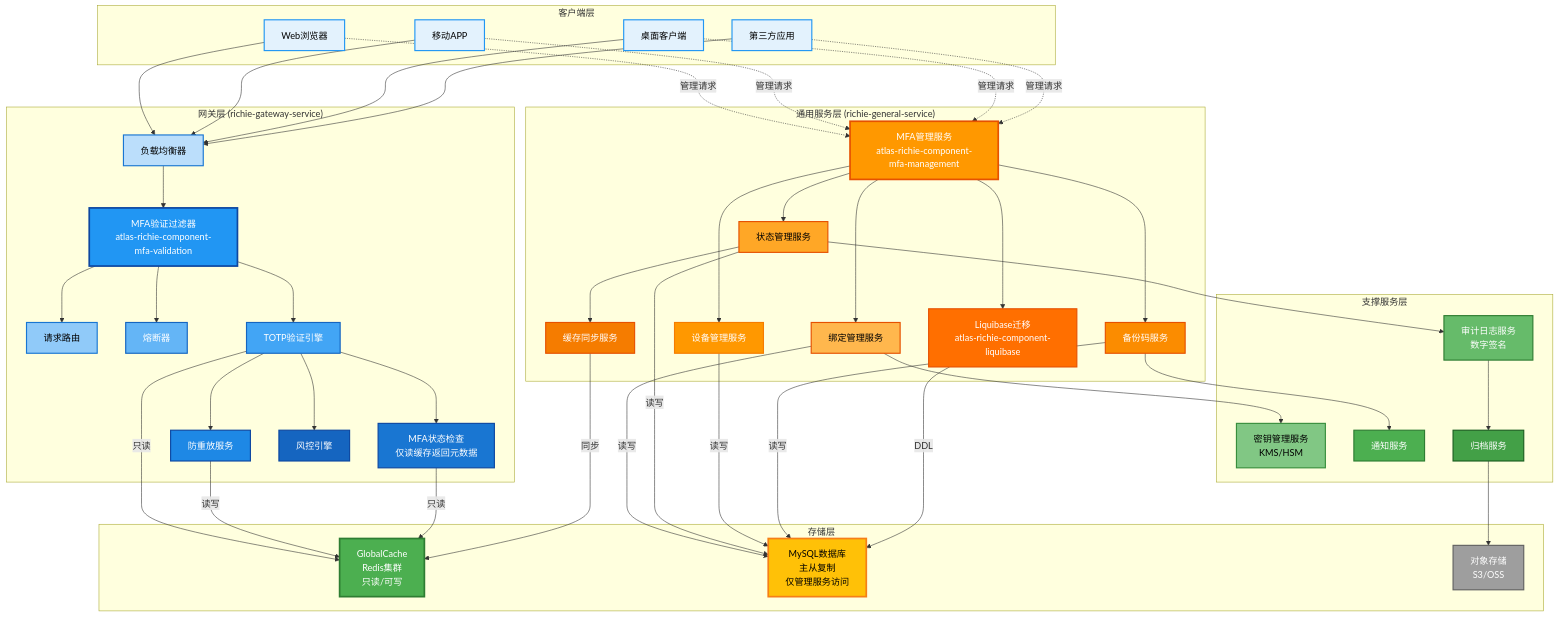
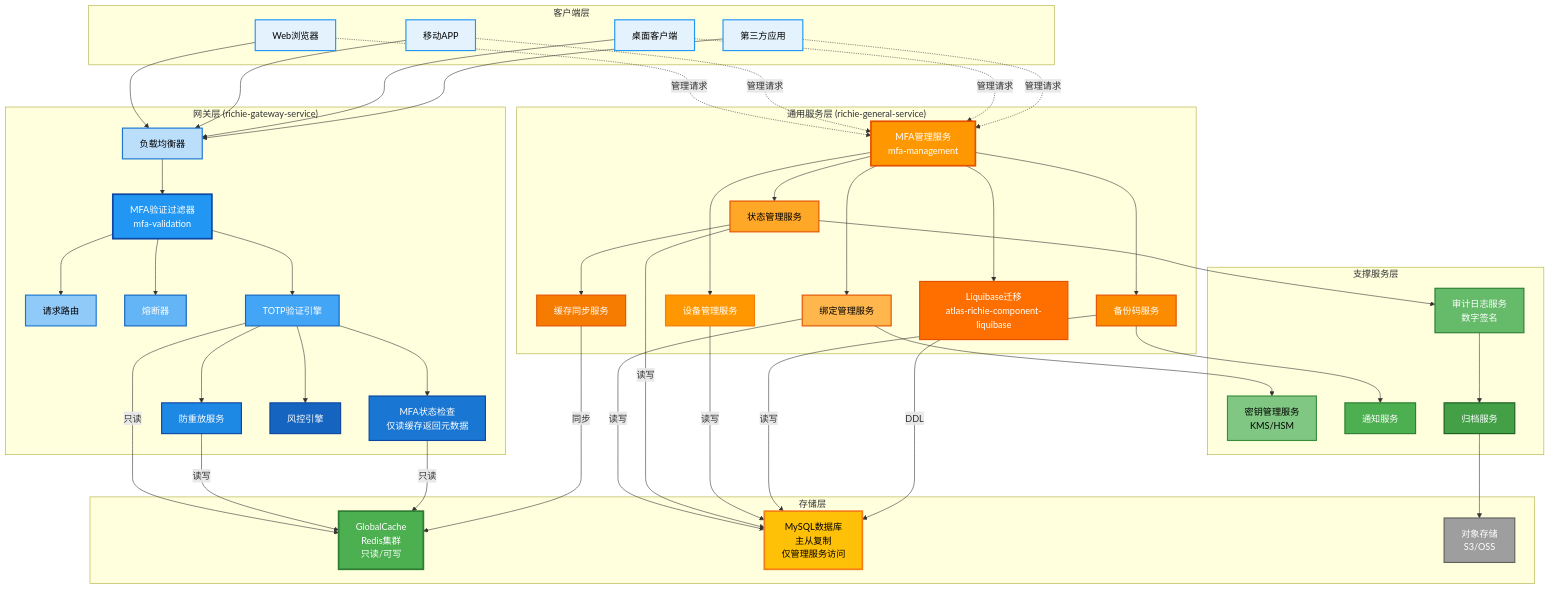
Before and after one commit to richie696/atlas-richie-platform: the first of 16 diagrams in atlas-richie-component/atlas-richie-component-mfa/docs/MFA组件架构图设计.md, drawn with Mermaid. The commit also changed 1688 other files, not shown here.

```diff
--- a/atlas-richie-component/atlas-richie-component-mfa/docs/MFA组件架构图设计.md
+++ b/atlas-richie-component/atlas-richie-component-mfa/docs/MFA组件架构图设计.md
@@ -62,7 +62,7 @@
     
     subgraph Gateway["网关层 (richie-gateway-service)"]
         B1[负载均衡器]
-        B2[MFA验证过滤器<br/>atlas-richie-component-mfa-validation]
+        B2[MFA验证过滤器<br/>mfa-validation]
         B3[请求路由]
         B4[熔断器]
         B5[TOTP验证引擎]
@@ -72,7 +72,7 @@
     end
     
     subgraph General["通用服务层 (richie-general-service)"]
-        C1[MFA管理服务<br/>atlas-richie-component-mfa-management]
+        C1[MFA管理服务<br/>mfa-management]
         C2[绑定管理服务]
         C3[状态管理服务]
         C4[设备管理服务]
```
